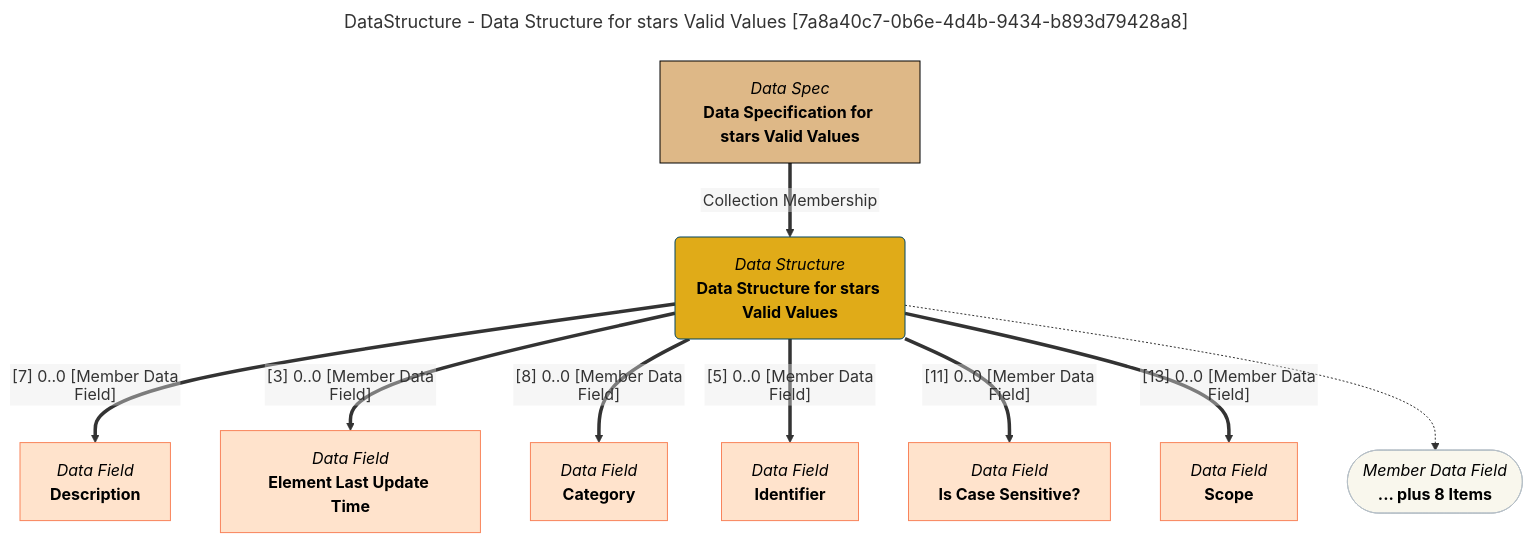
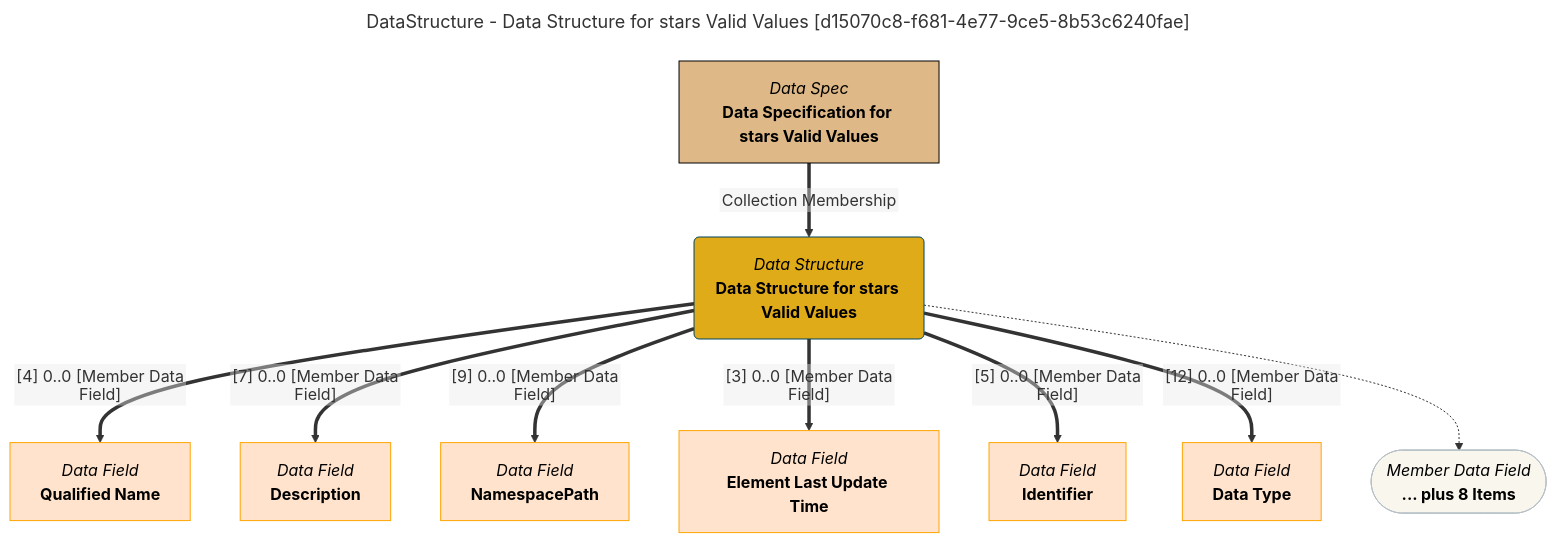
One commit to odpi/egeria-docs changed the diagram in site/snippets/data-structures/data-structure-for-stars-valid-values-mermaid-graph.md. Above: the diagram before and after it, drawn with Mermaid. The commit also changed 2201 other files, not shown here.

````diff
--- a/site/snippets/data-structures/data-structure-for-stars-valid-values-mermaid-graph.md
+++ b/site/snippets/data-structures/data-structure-for-stars-valid-values-mermaid-graph.md
@@ -1,43 +1,43 @@
 ```mermaid
 ---
-title: DataStructure - Data Structure for stars Valid Values [7a8a40c7-0b6e-4d4b-9434-b893d79428a8]
+title: DataStructure - Data Structure for stars Valid Values [d15070c8-f681-4e77-9ce5-8b53c6240fae]
 ---
 flowchart TD
 %%{init: {"flowchart": {"htmlLabels": false}} }%%
 
 1@{ shape: rounded, label: "*Data Structure*
 **Data Structure for stars Valid Values**"}
 2@{ shape: rect, label: "*Data Spec*
 **Data Specification for stars Valid Values**"}
 2==>|"Collection Membership"|1
 3@{ shape: rect, label: "*Data Field*
+**Qualified Name**"}
+1==>|"[4] 0..0 [Member Data Field]"|3
+4@{ shape: rect, label: "*Data Field*
 **Description**"}
-1==>|"[7] 0..0 [Member Data Field]"|3
-4@{ shape: rect, label: "*Data Field*
+1==>|"[7] 0..0 [Member Data Field]"|4
+5@{ shape: rect, label: "*Data Field*
+**NamespacePath**"}
+1==>|"[9] 0..0 [Member Data Field]"|5
+6@{ shape: rect, label: "*Data Field*
 **Element Last Update Time**"}
-1==>|"[3] 0..0 [Member Data Field]"|4
-5@{ shape: rect, label: "*Data Field*
-**Category**"}
-1==>|"[8] 0..0 [Member Data Field]"|5
-6@{ shape: rect, label: "*Data Field*
+1==>|"[3] 0..0 [Member Data Field]"|6
+7@{ shape: rect, label: "*Data Field*
 **Identifier**"}
-1==>|"[5] 0..0 [Member Data Field]"|6
-7@{ shape: rect, label: "*Data Field*
-**Is Case Sensitive?**"}
-1==>|"[11] 0..0 [Member Data Field]"|7
+1==>|"[5] 0..0 [Member Data Field]"|7
 8@{ shape: rect, label: "*Data Field*
-**Scope**"}
-1==>|"[13] 0..0 [Member Data Field]"|8
+**Data Type**"}
+1==>|"[12] 0..0 [Member Data Field]"|8
 9@{ shape: stadium, label: "*Member Data Field*
 **... plus 8 Items**"}
 1-.->9
 style 1 color:#000000, fill:#e0ab18, stroke:#004563
-style 2 color:#000000, fill:#deb887, stroke:#000000
-style 3 color:#000000, fill:#ffe3cc, stroke:#f9845b
-style 4 color:#000000, fill:#ffe3cc, stroke:#f9845b
-style 5 color:#000000, fill:#ffe3cc, stroke:#f9845b
-style 6 color:#000000, fill:#ffe3cc, stroke:#f9845b
-style 7 color:#000000, fill:#ffe3cc, stroke:#f9845b
-style 8 color:#000000, fill:#ffe3cc, stroke:#f9845b
+style 2 color:#000000, fill:#DEB887, stroke:#000000
+style 3 color:#000000, fill:#ffe3cc, stroke:#FFA500
+style 4 color:#000000, fill:#ffe3cc, stroke:#FFA500
+style 5 color:#000000, fill:#ffe3cc, stroke:#FFA500
+style 6 color:#000000, fill:#ffe3cc, stroke:#FFA500
+style 7 color:#000000, fill:#ffe3cc, stroke:#FFA500
+style 8 color:#000000, fill:#ffe3cc, stroke:#FFA500
 style 9 color:#000000, fill:#F9F7ED, stroke:#b7c0c7
 ```
````
